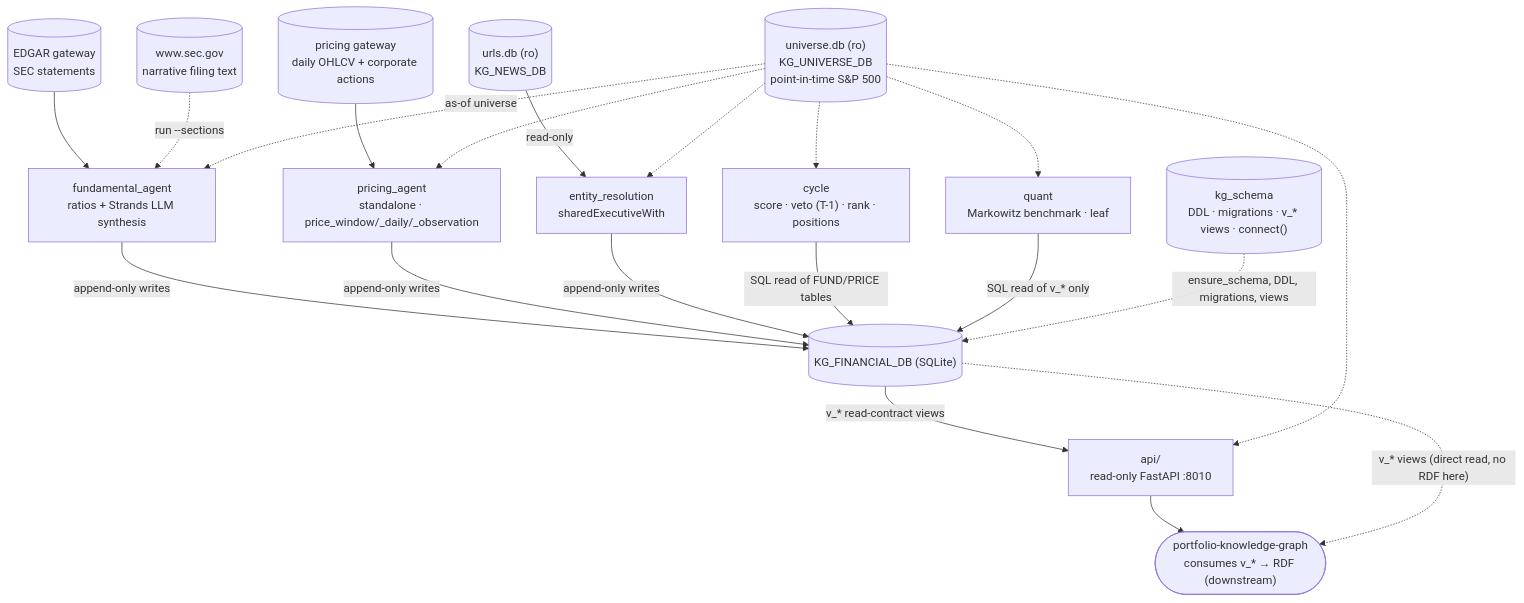
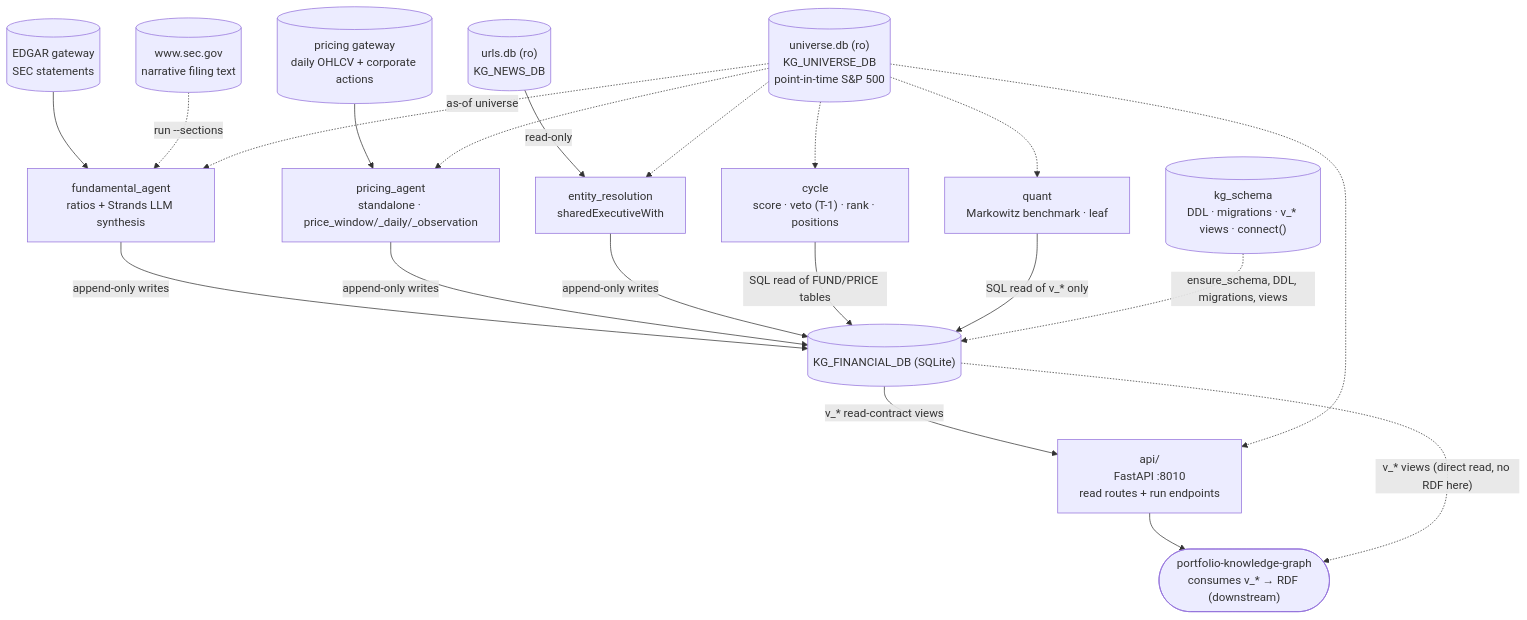
One commit to gamug/portfolio-financial-analysis changed the diagram in .specify/memory/SPEC.md. Above: the diagram before and after it, drawn with Mermaid. The commit also changed other lines of this file and 3 other files, not shown here.

````diff
--- a/.specify/memory/SPEC.md
+++ b/.specify/memory/SPEC.md
@@ -190,40 +191,40 @@
 ```mermaid
 flowchart TB
     EDGAR[("EDGAR gateway<br/>SEC statements")]
     SECGOV[("www.sec.gov<br/>narrative filing text")]
     PRICING[("pricing gateway<br/>daily OHLCV + corporate actions")]
     URLSDB[("urls.db (ro)<br/>KG_NEWS_DB")]
     UNIVDB[("universe.db (ro)<br/>KG_UNIVERSE_DB<br/>point-in-time S&P 500")]
 
     FUND["fundamental_agent<br/>ratios + Strands LLM synthesis"]
     PRICE["pricing_agent<br/>standalone · price_window/_daily/_observation"]
     ER["entity_resolution<br/>sharedExecutiveWith"]
     CYCLE["cycle<br/>score · veto (T-1) · rank · positions"]
     QUANT["quant<br/>Markowitz benchmark · leaf"]
     KGS[("kg_schema<br/>DDL · migrations · v_* views · connect()")]
     DB[("KG_FINANCIAL_DB (SQLite)")]
-    API["api/<br/>read-only FastAPI :8010"]
+    API["api/<br/>FastAPI :8010<br/>read routes + run endpoints"]
     KG(["portfolio-knowledge-graph<br/>consumes v_* → RDF (downstream)"])
 
     EDGAR --> FUND
     SECGOV -.->|"run --sections"| FUND
     PRICING --> PRICE
     URLSDB -->|read-only| ER
     UNIVDB -.->|as-of universe| FUND
     UNIVDB -.-> PRICE
     UNIVDB -.-> ER
     UNIVDB -.-> CYCLE
     UNIVDB -.-> QUANT
 
     FUND -->|append-only writes| DB
     PRICE -->|append-only writes| DB
     ER -->|append-only writes| DB
     CYCLE -->|"SQL read of FUND/PRICE tables"| DB
     QUANT -->|"SQL read of v_* only"| DB
     KGS -.->|ensure_schema, DDL, migrations, views| DB
 
     DB -->|"v_* read-contract views"| API
     UNIVDB -.-> API
     API --> KG
     DB -.->|"v_* views (direct read, no RDF here)"| KG
 ```
````
